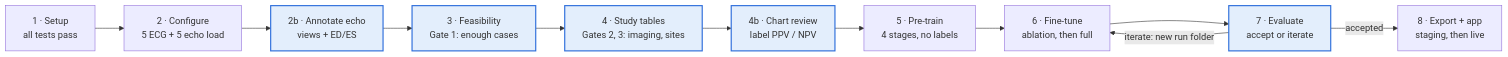
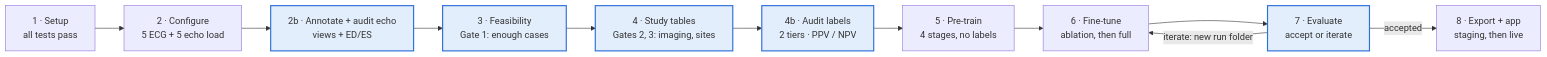
One commit to cardioailive1/womens-cvd changed the diagram in ml/RUNBOOK.md. Above: the diagram before and after it, drawn with Mermaid. The commit also changed other lines of this file and 6 other files, not shown here.

First line of the commit message:
ml: two-tier audit of the automatic labels

````diff
--- a/ml/RUNBOOK.md
+++ b/ml/RUNBOOK.md
@@ -9,15 +9,15 @@
 ```mermaid
 flowchart LR
     S1["1 · Setup<br/>all tests pass"] --> S2["2 · Configure<br/>5 ECG + 5 echo load"]
-    S2 --> S2b["2b · Annotate echo<br/>views + ED/ES"]
+    S2 --> S2b["2b · Annotate + audit echo<br/>views + ED/ES"]
     S2b --> S3["3 · Feasibility<br/>Gate 1: enough cases"]
     S3 --> S4["4 · Study tables<br/>Gates 2, 3: imaging, sites"]
-    S4 --> S4b["4b · Chart review<br/>label PPV / NPV"]
+    S4 --> S4b["4b · Audit labels<br/>2 tiers · PPV / NPV"]
     S4b --> S5["5 · Pre-train<br/>4 stages, no labels"]
     S5 --> S6["6 · Fine-tune<br/>ablation, then full"]
     S6 --> S7["7 · Evaluate<br/>accept or iterate"]
     S7 -- "iterate: new run folder" --> S6
     S7 -- accepted --> S8["8 · Export + app<br/>staging, then live"]
     classDef gate fill:#e3eefc,stroke:#2f6fdb,stroke-width:2px;
     class S2b,S3,S4,S4b,S7 gate;
 ```
````
